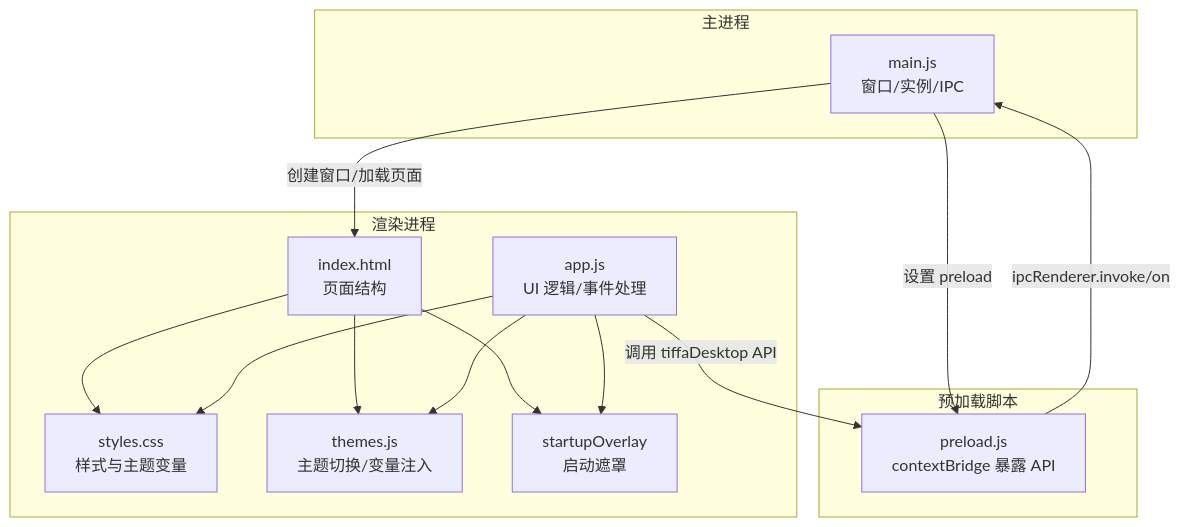
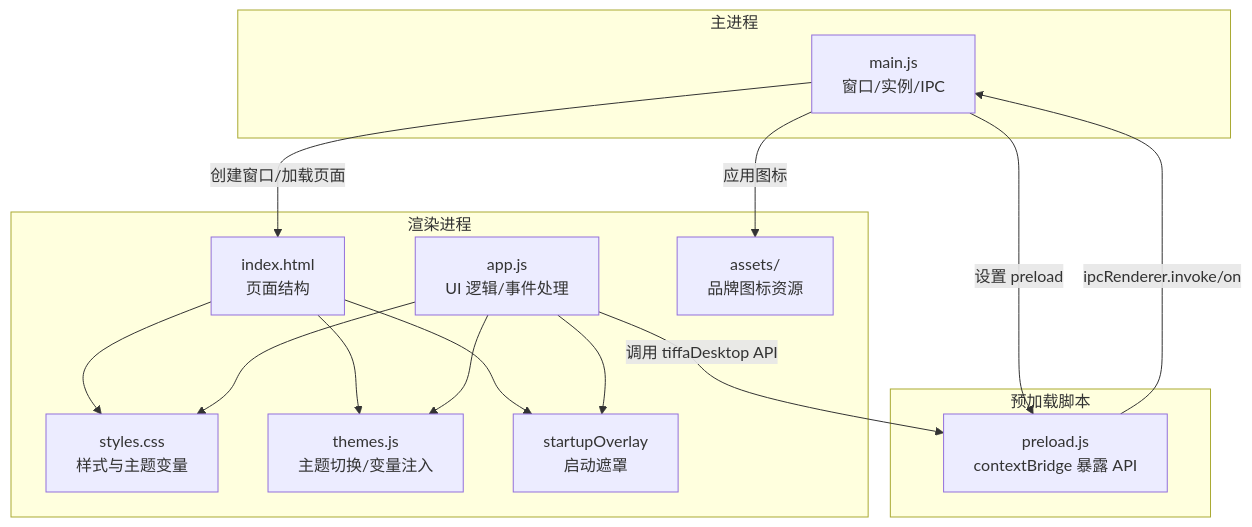
Before and after one commit to swond-Mao/Tiffa: the first of 9 diagrams in .qoder/repowiki/zh/content/核心架构/Electron应用架构/Electron应用架构.md, drawn with Mermaid. The commit also changed other lines of this file and 18 other files, not shown here.

````diff
--- a/.qoder/repowiki/zh/content/核心架构/Electron应用架构/Electron应用架构.md
+++ b/.qoder/repowiki/zh/content/核心架构/Electron应用架构/Electron应用架构.md
@@ -55,26 +56,28 @@
 ```mermaid
 graph TB
 subgraph "主进程"
 M["main.js<br/>窗口/实例/IPC"]
 end
 subgraph "预加载脚本"
 P["preload.js<br/>contextBridge 暴露 API"]
 end
 subgraph "渲染进程"
 R["app.js<br/>UI 逻辑/事件处理"]
 H["index.html<br/>页面结构"]
 S["styles.css<br/>样式与主题变量"]
 T["themes.js<br/>主题切换/变量注入"]
 O["startupOverlay<br/>启动遮罩"]
+A["assets/<br/>品牌图标资源"]
 end
 M --> |创建窗口/加载页面| H
 M --> |设置 preload| P
+M --> |应用图标| A
 P --> |ipcRenderer.invoke/on| M
 R --> |调用 tiffaDesktop API| P
 H --> S
 H --> T
 H --> O
 R --> S
 R --> T
 R --> O
 ```
````
